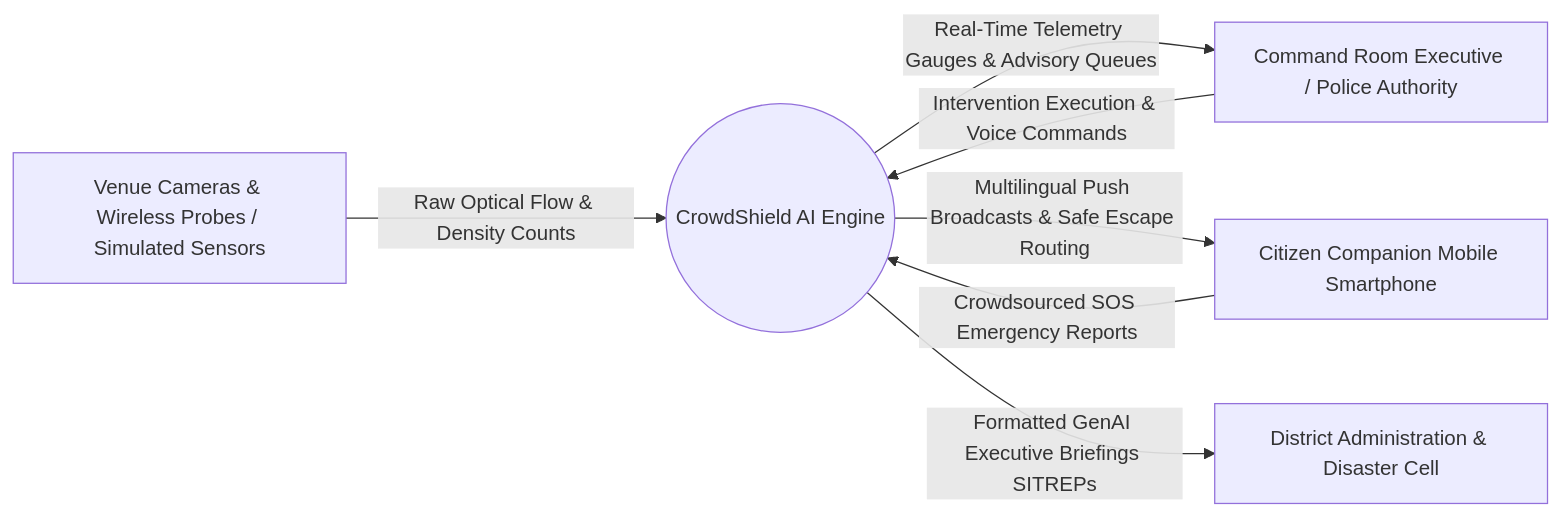
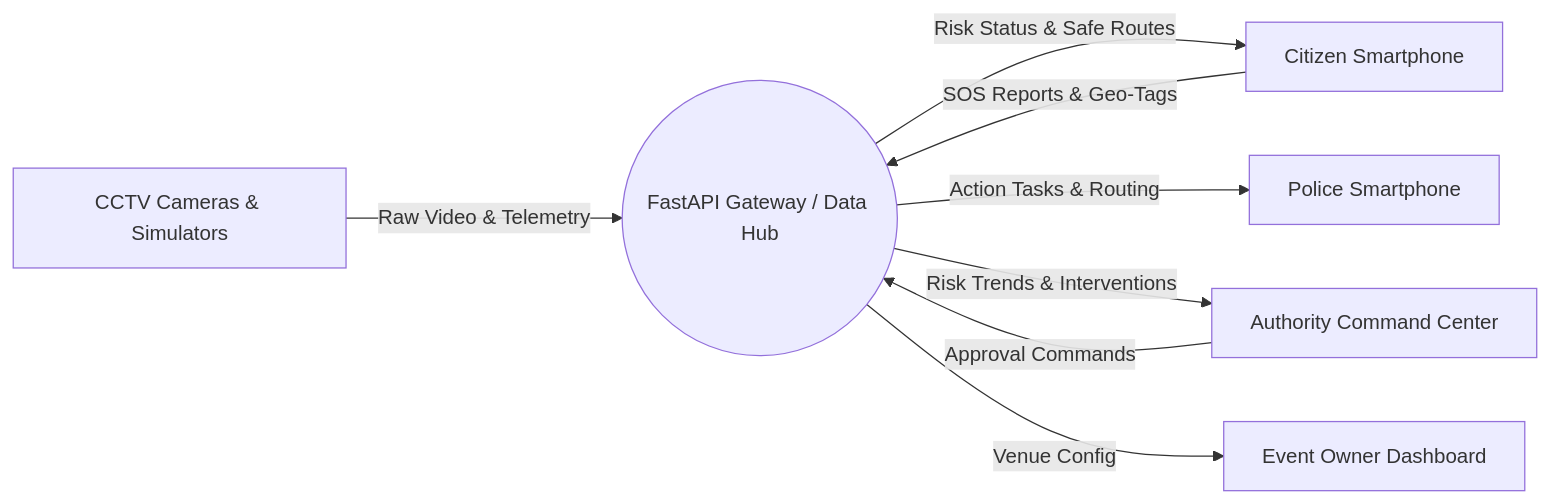
One commit to algorithnicmind/crowdcatchup changed the first of 3 diagrams in docs/05_DFD.md. Above: the diagram before and after it, drawn with Mermaid. The commit also changed other lines of this file and 11 other files, not shown here.

First line of the commit message:
docs: Refactor architecture to monorepo PWA v2.0

````diff
--- a/docs/05_DFD.md
+++ b/docs/05_DFD.md
@@ -11,11 +11,12 @@
 ```mermaid
 graph LR
-    E1[Venue Cameras & Wireless Probes / Simulated Sensors] -->|Raw Optical Flow & Density Counts| CORE((CrowdShield AI Engine))
-    E2[Command Room Executive / Police Authority] -->|Intervention Execution & Voice Commands| CORE
-    CORE -->|Real-Time Telemetry Gauges & Advisory Queues| E2
+    E1[CCTV Cameras & Simulators] -->|Raw Video & Telemetry| API((FastAPI Gateway / Data Hub))
+    E2[Citizen Smartphone] -->|SOS Reports & Geo-Tags| API
     
-    CORE -->|Multilingual Push Broadcasts & Safe Escape Routing| E3[Citizen Companion Mobile Smartphone]
-    E3 -->|Crowdsourced SOS Emergency Reports| CORE
-
-    CORE -->|Formatted GenAI Executive Briefings SITREPs| E4[District Administration & Disaster Cell]
+    API -->|Risk Status & Safe Routes| E2
+    API -->|Action Tasks & Routing| E3[Police Smartphone]
+    API -->|Risk Trends & Interventions| E4[Authority Command Center]
+    E4 -->|Approval Commands| API
+    
+    API -->|Venue Config| E5[Event Owner Dashboard]
 ```
````
